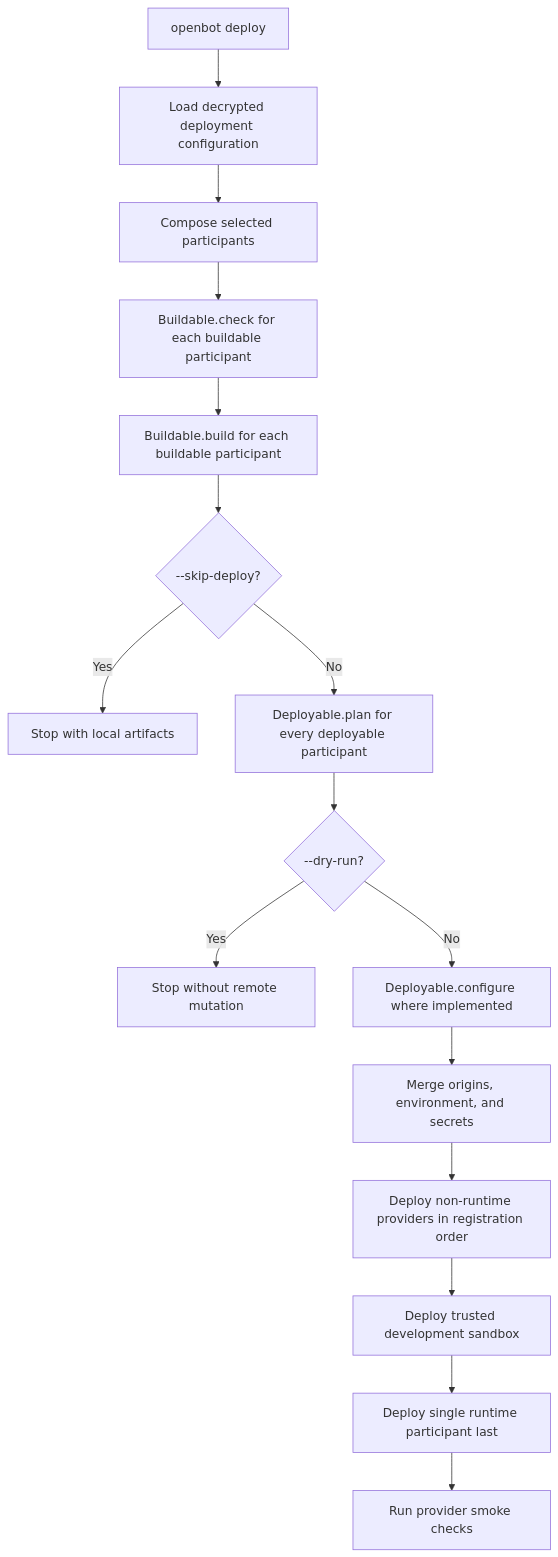
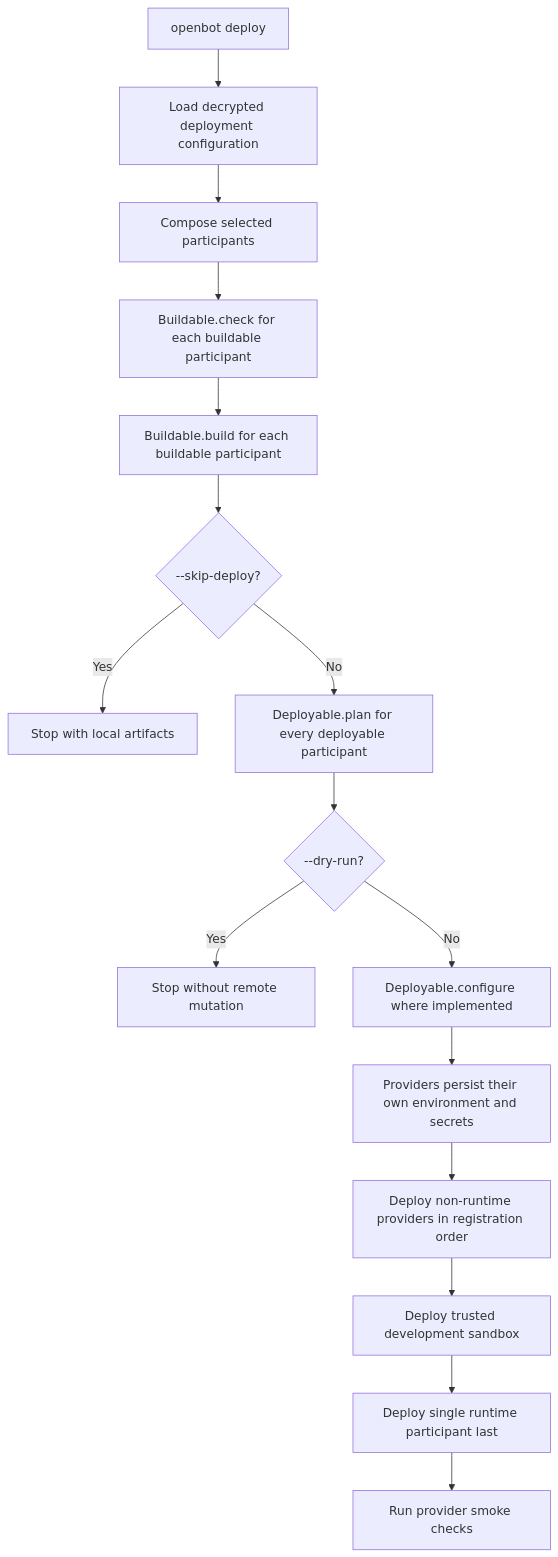
One commit to trytilde/dispatch changed the fourth of 4 diagrams in docs/lifecycle.md. Above: the diagram before and after it, drawn with Mermaid. The commit also changed other lines of this file and 138 other files, not shown here.

````diff
--- a/docs/lifecycle.md
+++ b/docs/lifecycle.md
@@ -129,18 +132,18 @@
 ```mermaid
 flowchart TD
   A["openbot deploy"] --> B["Load decrypted deployment configuration"]
   B --> C["Compose selected participants"]
   C --> D["Buildable.check for each buildable participant"]
   D --> E["Buildable.build for each buildable participant"]
   E --> F{"--skip-deploy?"}
   F -- "Yes" --> G["Stop with local artifacts"]
   F -- "No" --> H["Deployable.plan for every deployable participant"]
   H --> I{"--dry-run?"}
   I -- "Yes" --> J["Stop without remote mutation"]
   I -- "No" --> K["Deployable.configure where implemented"]
-  K --> L["Merge origins, environment, and secrets"]
+  K --> L["Providers persist their own environment and secrets"]
   L --> M["Deploy non-runtime providers in registration order"]
   M --> N["Deploy trusted development sandbox"]
   N --> O["Deploy single runtime participant last"]
   O --> P["Run provider smoke checks"]
 ```
````
